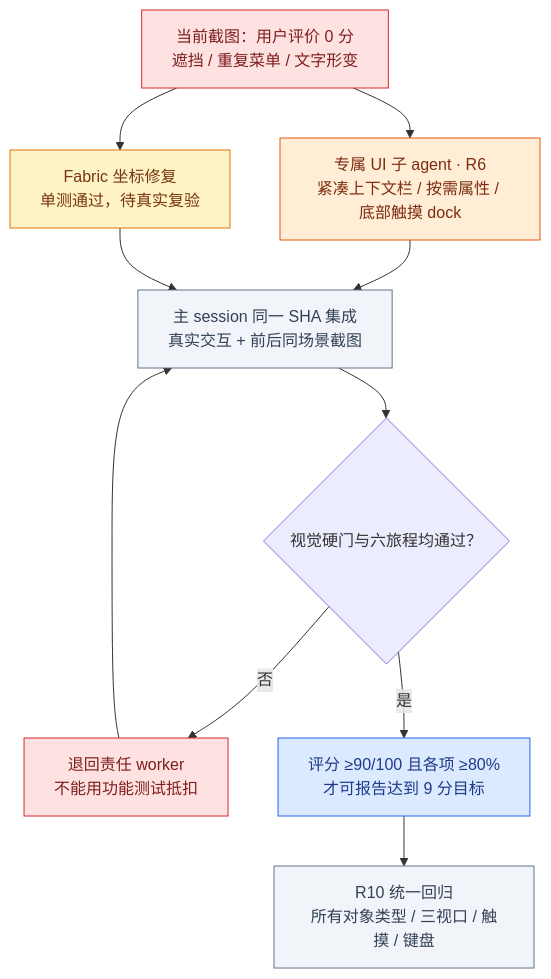
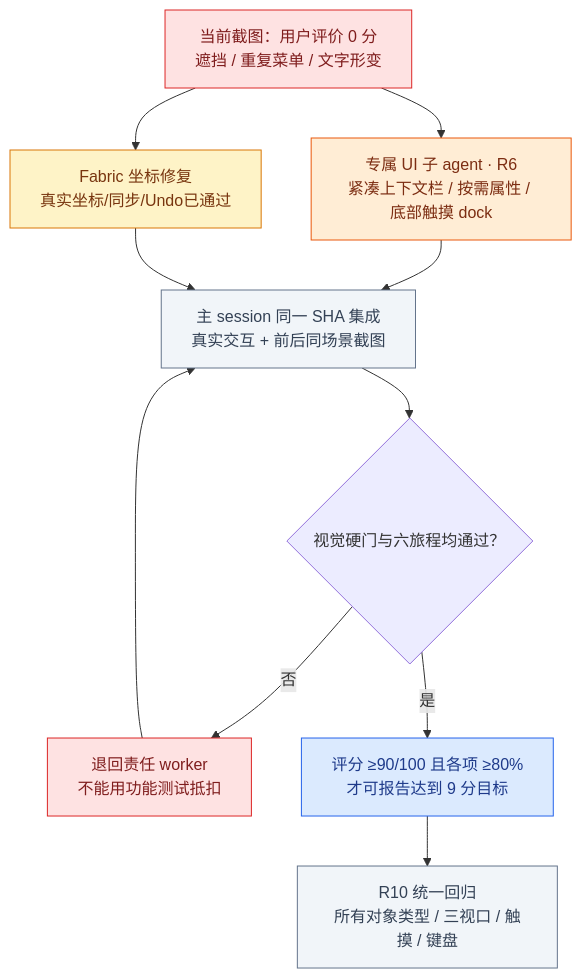
The third of 3 diagrams in phases/phase-19-board-visual-workspace/design-deltas/2026-09-26-unified-board-plan.md (boardx/workspacex), drawn with Mermaid before and after one commit. The commit also changed other lines of this file, not shown here.

````diff
--- a/phases/phase-19-board-visual-workspace/design-deltas/2026-09-26-unified-board-plan.md
+++ b/phases/phase-19-board-visual-workspace/design-deltas/2026-09-26-unified-board-plan.md
@@ -160,18 +160,18 @@
 ```mermaid
 flowchart TD
   BAD["当前截图：用户评价 0 分<br/>遮挡 / 重复菜单 / 文字形变"]:::fail
   BAD --> UI["专属 UI 子 agent · R6<br/>紧凑上下文栏 / 按需属性 / 底部触摸 dock"]:::doing
-  BAD --> GEO["Fabric 坐标修复<br/>单测通过，待真实复验"]:::review
+  BAD --> GEO["Fabric 坐标修复<br/>真实坐标/同步/Undo已通过"]:::review
   UI --> ROOT["主 session 同一 SHA 集成<br/>真实交互 + 前后同场景截图"]:::wait
   GEO --> ROOT
   ROOT --> GATE{"视觉硬门与六旅程均通过？"}
   GATE -->|否| FIX["退回责任 worker<br/>不能用功能测试抵扣"]:::fail
   FIX --> ROOT
   GATE -->|是| SCORE["评分 ≥90/100 且各项 ≥80%<br/>才可报告达到 9 分目标"]:::target
   SCORE --> FINAL["R10 统一回归<br/>所有对象类型 / 三视口 / 触摸 / 键盘"]:::wait
   classDef fail fill:#fee2e2,stroke:#dc2626,color:#7f1d1d
   classDef doing fill:#ffedd5,stroke:#ea580c,color:#7c2d12
   classDef review fill:#fef3c7,stroke:#d97706,color:#78350f
   classDef wait fill:#f1f5f9,stroke:#64748b,color:#334155
   classDef target fill:#dbeafe,stroke:#2563eb,color:#1e3a8a
 ```
````
